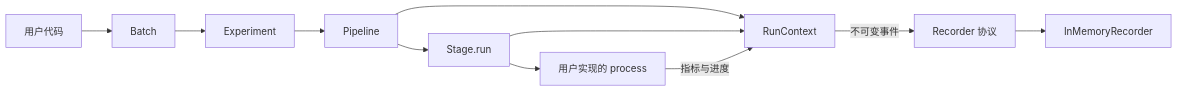
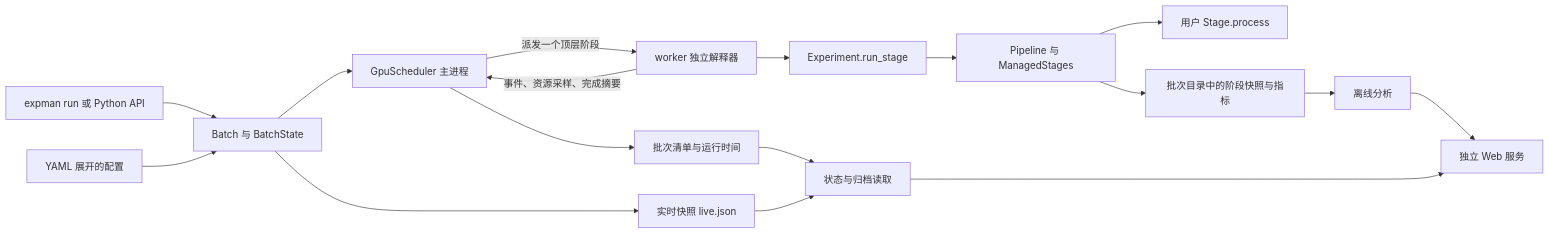
Before and after one commit to xuEZer/expman: the diagram in DESIGN.md, drawn with Mermaid. The commit also changed other lines of this file and 111 other files, not shown here.

First line of the commit message:
refactor!: reorganize batch execution and GPU scheduling

````diff
--- a/DESIGN.md
+++ b/DESIGN.md
@@ -23,13 +9,19 @@
 ```mermaid
 flowchart LR
-    U[用户代码] --> BATCH[Batch]
-    BATCH --> E[Experiment]
-    E --> P[Pipeline]
-    P --> S[Stage.run]
-    S --> B[用户实现的 process]
-    P --> C[RunContext]
-    S --> C
-    B -->|指标与进度| C
-    C -->|不可变事件| R[Recorder 协议]
-    R --> M[InMemoryRecorder]
+    CLI["expman run 或 Python API"] --> B["Batch 与 BatchState"]
+    CFG["YAML 展开的配置"] --> B
+    B --> G["GpuScheduler 主进程"]
+    G -->|派发一个顶层阶段| W["worker 独立解释器"]
+    W --> E["Experiment.run_stage"]
+    E --> P["Pipeline 与 ManagedStages"]
+    P --> U["用户 Stage.process"]
+    W -->|事件、资源采样、完成摘要| G
+    P --> D["批次目录中的阶段快照与指标"]
+    G --> M["批次清单与运行时间"]
+    B --> L["实时快照 live.json"]
+    D --> A["离线分析"]
+    M --> V["状态与归档读取"]
+    L --> V
+    A --> UI["独立 Web 服务"]
+    V --> UI
 ```
````
